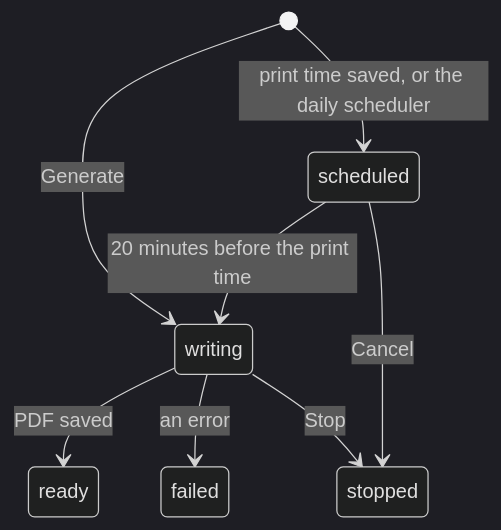
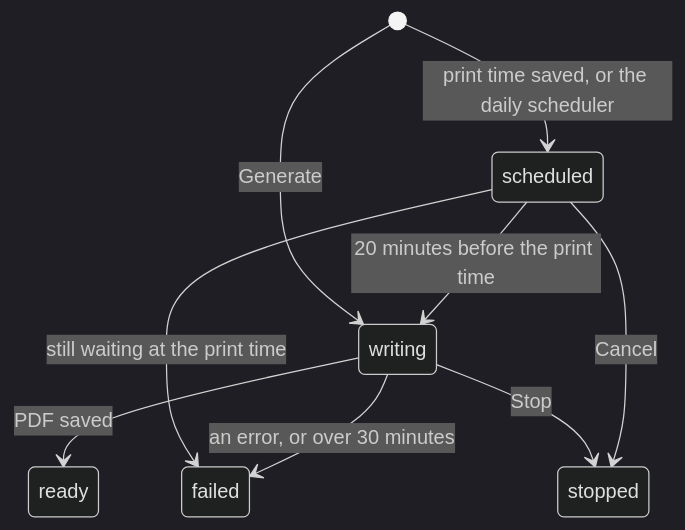
The third of 3 diagrams in docs/ARCHITECTURE.md (chieri518/daily-print), drawn with Mermaid (dark theme) before and after one commit. The commit also changed other lines of this file and 10 other files, not shown here.

````diff
--- a/docs/ARCHITECTURE.md
+++ b/docs/ARCHITECTURE.md
@@ -76,10 +76,11 @@
 ```mermaid
 stateDiagram-v2
   [*] --> scheduled: print time saved, or the daily scheduler
   scheduled --> writing: 20 minutes before the print time
   [*] --> writing: Generate
   writing --> ready: PDF saved
-  writing --> failed: an error
+  writing --> failed: an error, or over 30 minutes
+  scheduled --> failed: still waiting at the print time
   scheduled --> stopped: Cancel
   writing --> stopped: Stop
 ```
````
